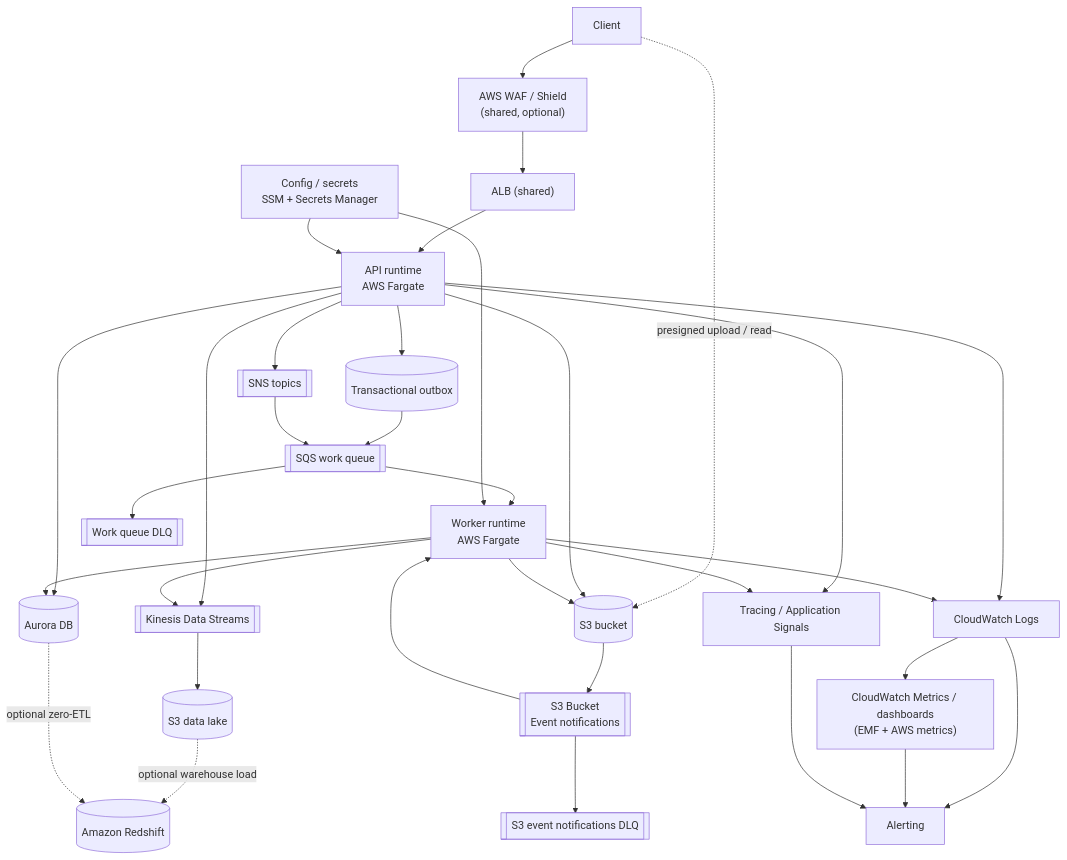
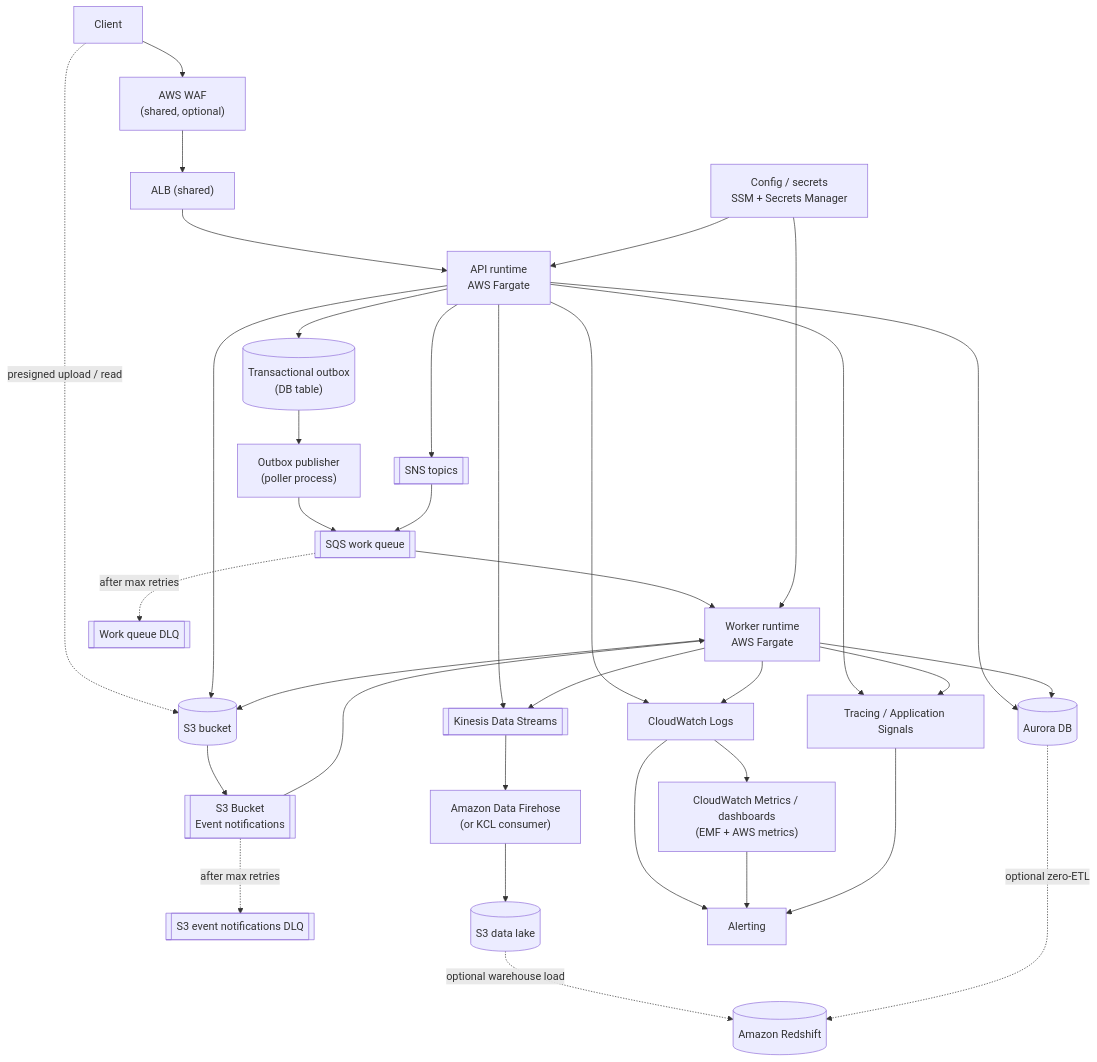
The diagram in architecture.md (mjgp2/aws-backend-services-guidelines), drawn with Mermaid before and after one commit. The commit also changed other lines of this file and 11 other files, not shown here.

````diff
--- a/architecture.md
+++ b/architecture.md
@@ -10,57 +10,61 @@
 ```mermaid
 flowchart TD
     client["Client"]
-    waf["AWS WAF / Shield<br/>(shared, optional)"]
+    waf["AWS WAF<br/>(shared, optional)"]
     alb["ALB (shared)"]
     api["API runtime<br/>AWS Fargate"]
     worker["Worker runtime<br/>AWS Fargate"]
-    outbox[("Transactional outbox")]
+    outbox[("Transactional outbox<br/>(DB table)")]
+    outboxpub["Outbox publisher<br/>(poller process)"]
     db[("Aurora DB")]
     bucket[("S3 bucket")]
     workq[["SQS work queue"]]
     workqdlq[["Work queue DLQ"]]
     eventsq[["S3 Bucket<br/>Event notifications"]]
     eventsqdlq[["S3 event notifications DLQ"]]
     sns[["SNS topics"]]
     kds[["Kinesis Data Streams"]]
+    firehose["Amazon Data Firehose<br/>(or KCL consumer)"]
     lake[("S3 data lake")]
     redshift[("Amazon Redshift")]
     cfg["Config / secrets<br/>SSM + Secrets Manager"]
     logs["CloudWatch Logs"]
     metrics["CloudWatch Metrics / dashboards<br/>(EMF + AWS metrics)"]
     traces["Tracing / Application Signals"]
     alerts["Alerting"]
 
     client -->  waf
     waf --> alb
     alb --> api
     client -. "presigned upload / read" .-> bucket
     api --> db
     api --> outbox
-    outbox --> workq
+    outbox --> outboxpub
+    outboxpub --> workq
     api --> bucket
     api --> sns
     api --> kds
     bucket --> eventsq
     workq --> worker
-    workq --> workqdlq
+    workq -. "after max retries" .-> workqdlq
     eventsq --> worker
-    eventsq --> eventsqdlq
+    eventsq -. "after max retries" .-> eventsqdlq
     sns --> workq
     worker --> kds
-    kds --> lake
+    kds --> firehose
+    firehose --> lake
     lake -. "optional warehouse load" .-> redshift
     worker --> db
     worker --> bucket
     cfg --> api
     cfg --> worker
     db -. "optional zero-ETL" .-> redshift
     api --> logs
     api --> traces
     worker --> logs
     worker --> traces
     logs --> metrics
     logs --> alerts
     metrics --> alerts
     traces --> alerts
 ```
````
